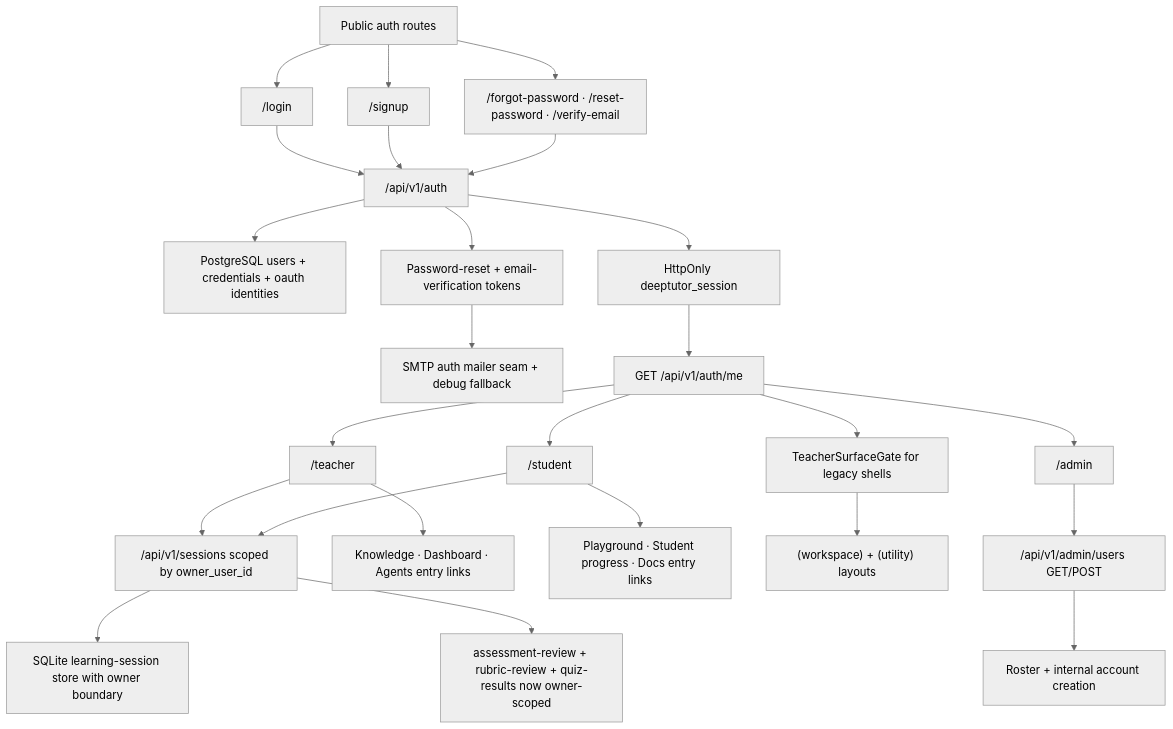
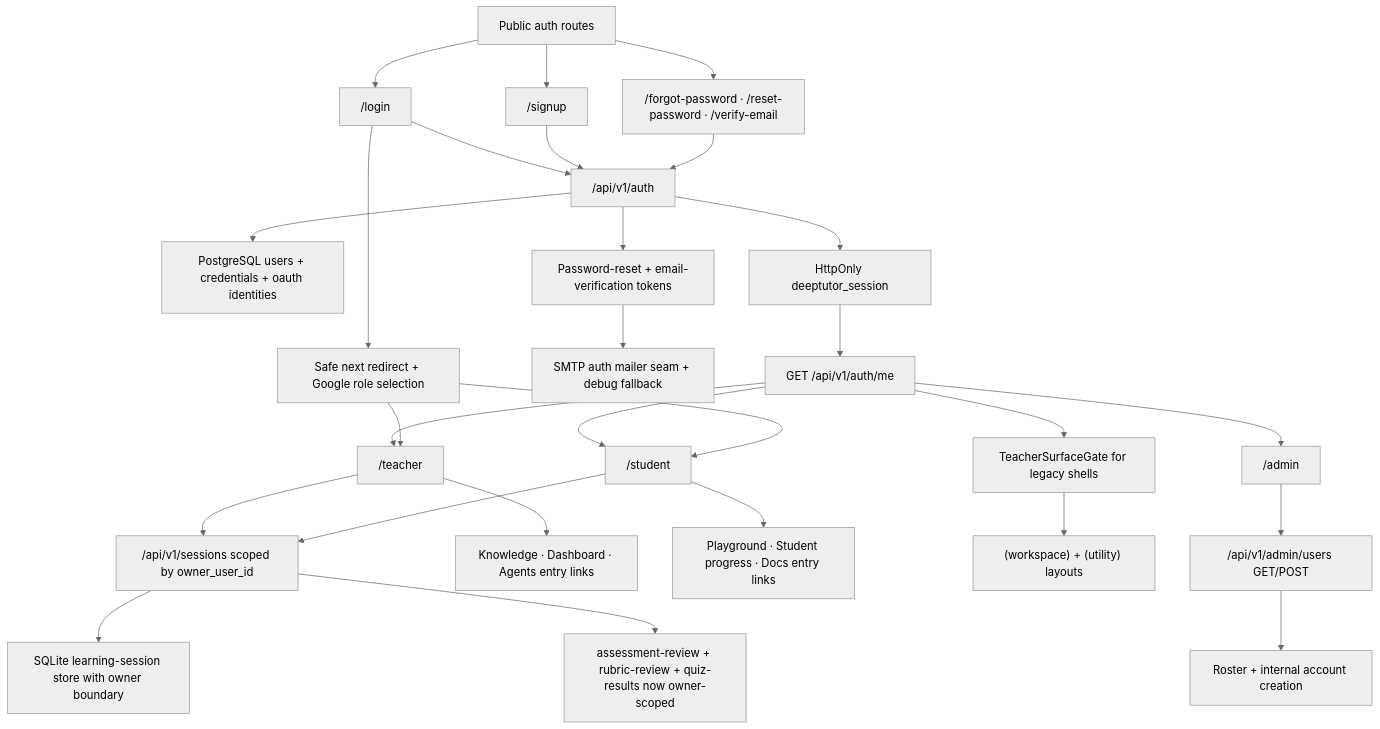
One commit to Creative-Science-Contest-2026/Multiagent-learning-platform changed the diagram in docs/superpowers/pr-notes/2026-05-02-auth-multi-user-foundation.md. Above: the diagram before and after it, drawn with Mermaid (neutral theme). The commit also changed other lines of this file and 13 other files, not shown here.

Commit message:
feat(auth): preserve post-login return flow [AUTH-MULTI-USER]

````diff
--- a/docs/superpowers/pr-notes/2026-05-02-auth-multi-user-foundation.md
+++ b/docs/superpowers/pr-notes/2026-05-02-auth-multi-user-foundation.md
@@ -18,27 +19,30 @@
 ```mermaid
 flowchart TD
   Public["Public auth routes"] --> Signup["/signup"]
   Public --> Login["/login"]
   Public --> Recovery["/forgot-password · /reset-password · /verify-email"]
   Login --> AuthAPI["/api/v1/auth"]
   Signup --> AuthAPI
   Recovery --> AuthAPI
+  Login --> NextRedirect["Safe next redirect + Google role selection"]
   AuthAPI --> Users["PostgreSQL users + credentials + oauth identities"]
   AuthAPI --> Sessions["HttpOnly deeptutor_session"]
   AuthAPI --> OneTimeTokens["Password-reset + email-verification tokens"]
   OneTimeTokens --> AuthMailer["SMTP auth mailer seam + debug fallback"]
   AdminShell --> AdminUsersAPI["/api/v1/admin/users GET/POST"]
   AdminUsersAPI --> AdminPanel["Roster + internal account creation"]
   Sessions --> Me["GET /api/v1/auth/me"]
   Me --> TeacherShell["/teacher"]
   Me --> StudentShell["/student"]
   Me --> AdminShell["/admin"]
+  NextRedirect --> TeacherShell
+  NextRedirect --> StudentShell
   TeacherShell --> TeacherHub["Knowledge · Dashboard · Agents entry links"]
   StudentShell --> StudentHub["Playground · Student progress · Docs entry links"]
   Me --> TeacherGate["TeacherSurfaceGate for legacy shells"]
   TeacherGate --> LegacyShells["(workspace) + (utility) layouts"]
   TeacherShell --> OwnedSessionAPI["/api/v1/sessions scoped by owner_user_id"]
   StudentShell --> OwnedSessionAPI
   OwnedSessionAPI --> SQLiteStore["SQLite learning-session store with owner boundary"]
   OwnedSessionAPI --> ReviewFlows["assessment-review + rubric-review + quiz-results now owner-scoped"]
 ```
````
